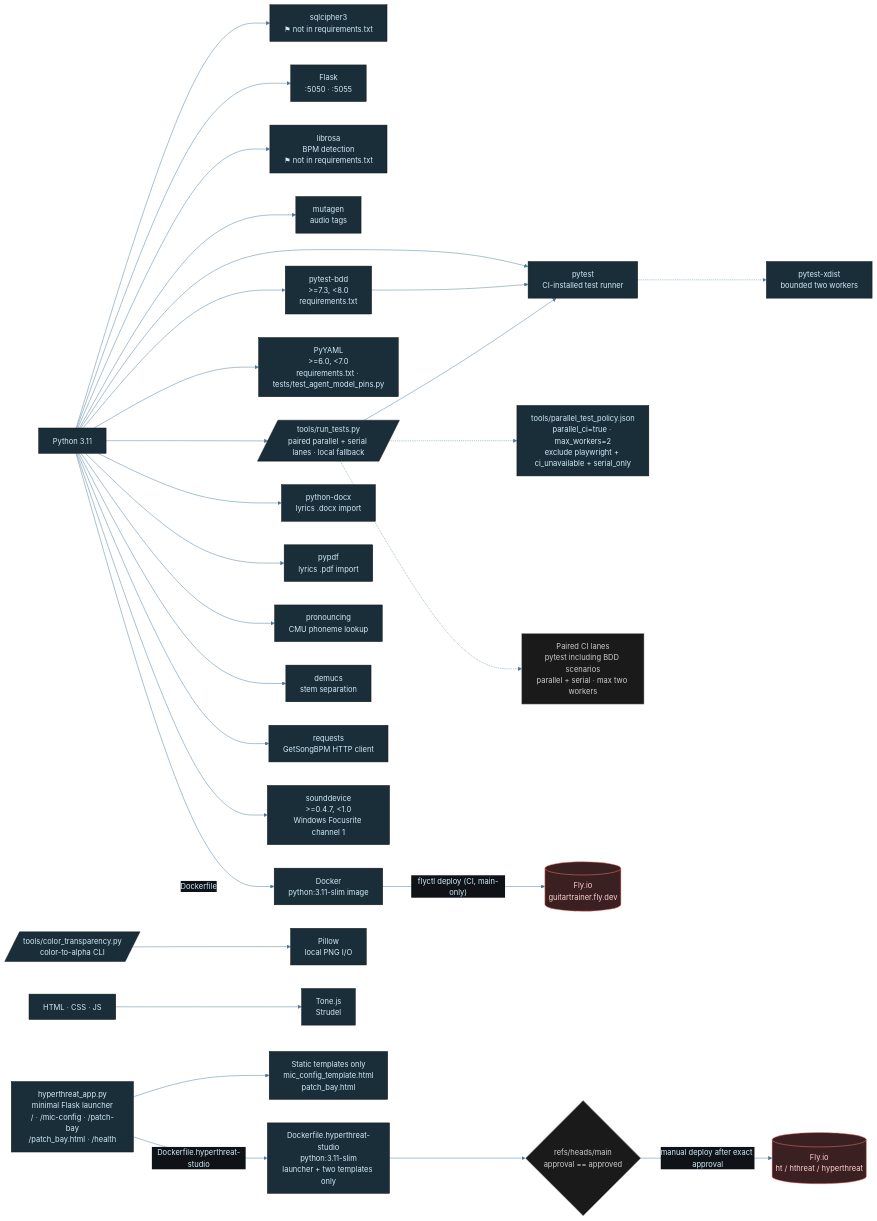
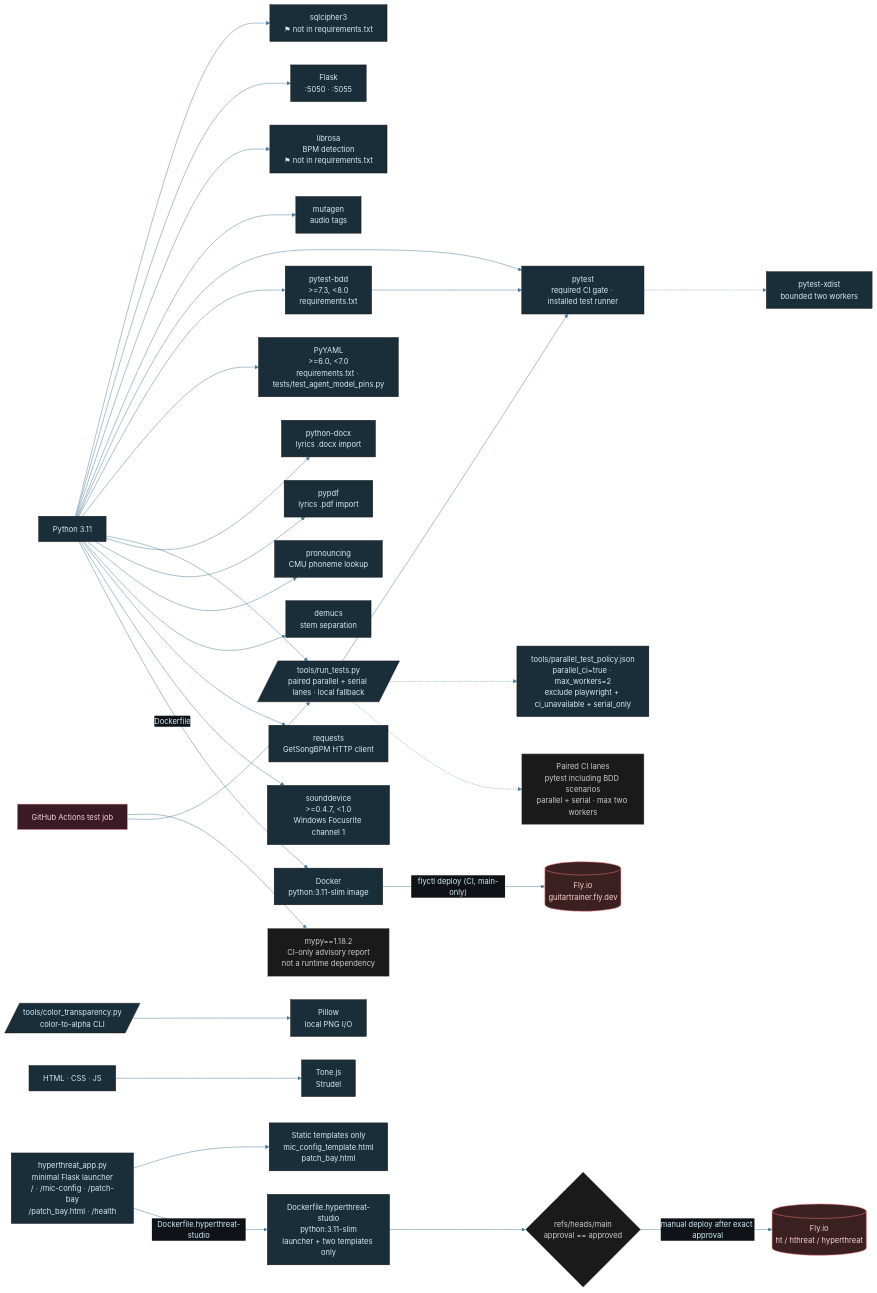
Before and after one commit to tylerdrakemusic/Music: the diagram in diagrams/music-tech-stack.mmd, drawn with Mermaid.

Commit message:
❤ music: document advisory mypy CI lane

```diff
--- a/diagrams/music-tech-stack.mmd
+++ b/diagrams/music-tech-stack.mmd
@@ -1,51 +1,55 @@
 %%{init: {'theme': 'base', 'themeVariables': {'primaryColor': '#1a2e3a', 'primaryTextColor': '#d0ecf8', 'edgeLabelBackground': '#0f1318', 'lineColor': '#4a7a9a'}}}%%
 %% is_derived_view=true
 %% Traceability.parent: diagrams/music-architecture.mmd
 graph LR
     Python[Python 3.11] --> SQLCipher["sqlcipher3<br/>⚑ not in requirements.txt"]
     Python --> Flask[Flask<br/>:5050 · :5055]
     Python --> Librosa["librosa<br/>BPM detection<br/>⚑ not in requirements.txt"]
     Python --> Mutagen[mutagen<br/>audio tags]
-    Python --> Pytest["pytest<br/>CI-installed test runner"]
+    Python --> Pytest["pytest<br/>required CI gate · installed test runner"]
     Python --> PytestBDD["pytest-bdd<br/>&gt;=7.3, &lt;8.0<br/>requirements.txt"]
     Python --> PyYAML["PyYAML<br/>&gt;=6.0, &lt;7.0<br/>requirements.txt · tests/test_agent_model_pins.py"]
     PytestBDD --> Pytest
     Python --> TestRunner[/tools/run_tests.py<br/>paired parallel + serial lanes · local fallback/]
     TestRunner --> Pytest
     TestRunner -.-> TestPolicy[tools/parallel_test_policy.json<br/>parallel_ci=true · max_workers=2<br/>exclude playwright + ci_unavailable + serial_only]
     Pytest -.-> Xdist[pytest-xdist<br/>bounded two workers]
     TestRunner -.-> ParallelEvidence[Paired CI lanes<br/>pytest including BDD scenarios<br/>parallel + serial · max two workers]
+    CI[GitHub Actions test job] --> MypyAdvisory["mypy==1.18.2<br/>CI-only advisory report<br/>not a runtime dependency"]
+    CI --> TestRunner
     Python --> PythonDocx[python-docx<br/>lyrics .docx import]
     Python --> Pypdf[pypdf<br/>lyrics .pdf import]
     Python --> Pronouncing[pronouncing<br/>CMU phoneme lookup]
     Python --> Demucs[demucs<br/>stem separation]
     Python --> Requests[requests<br/>GetSongBPM HTTP client]
     Python --> SoundDevice["sounddevice<br/>&gt;=0.4.7, &lt;1.0<br/>Windows Focusrite channel 1"]
     ColorTransparency[/tools/color_transparency.py<br>color-to-alpha CLI/] --> Pillow[Pillow<br>local PNG I/O]
     Web[HTML · CSS · JS] --> Tone[Tone.js<br/>Strudel]
     Python -->|Dockerfile| Docker[Docker<br/>python:3.11-slim image] -->|"flyctl deploy (CI, main-only)"| FlyIO[(Fly.io<br/>guitartrainer.fly.dev)]
     HyperthreatLauncher["hyperthreat_app.py<br/>minimal Flask launcher<br/>/ · /mic-config · /patch-bay<br/>/patch_bay.html · /health"]
     HyperthreatTemplates["Static templates only<br/>mic_config_template.html<br/>patch_bay.html"]
     HyperthreatDocker["Dockerfile.hyperthreat-studio<br/>python:3.11-slim<br/>launcher + two templates only"]
     HyperthreatGate{"refs/heads/main<br/>approval == approved"}
     HyperthreatFly[(Fly.io<br/>ht / hthreat / hyperthreat)]
     HyperthreatLauncher --> HyperthreatTemplates
     HyperthreatLauncher -->|"Dockerfile.hyperthreat-studio"| HyperthreatDocker
     HyperthreatDocker --> HyperthreatGate
     HyperthreatGate -->|"manual deploy after exact approval"| HyperthreatFly
     class Python,Web lang
+    class CI music
     class SQLCipher,Flask,Librosa,Mutagen,Pytest,PytestBDD,PyYAML,TestRunner,TestPolicy,Xdist,Tone,PythonDocx,Pypdf,Pronouncing,Demucs,Requests,SoundDevice,ColorTransparency,Pillow lib
+    class MypyAdvisory state
     class ParallelEvidence state
     class FlyIO,HyperthreatFly ext
     class HyperthreatLauncher,HyperthreatTemplates,HyperthreatDocker svc
     class HyperthreatGate state
 
 classDef life     fill:#1a2e3a,stroke:#6ab4d4,color:#d0ecf8
 classDef music    fill:#3a1a24,stroke:#d47a8f,color:#f8d0dc
 classDef quantum  fill:#251a3a,stroke:#a07adf,color:#e8d0f8
 classDef manifest fill:#3a2e1a,stroke:#d4a96a,color:#f8ead0
 classDef ws       fill:#1a3a30,stroke:#6ad4b4,color:#d0f8ee
 classDef tyler    fill:#2a1a3a,stroke:#9e4aff,color:#fff
 classDef ext      fill:#3a2020,stroke:#ff7a7a,color:#ffd0d0
 classDef db       fill:#3a3010,stroke:#d4c050,color:#f8f0c0
 classDef state    fill:#1a1a1a,stroke:#888888,color:#cccccc
```
